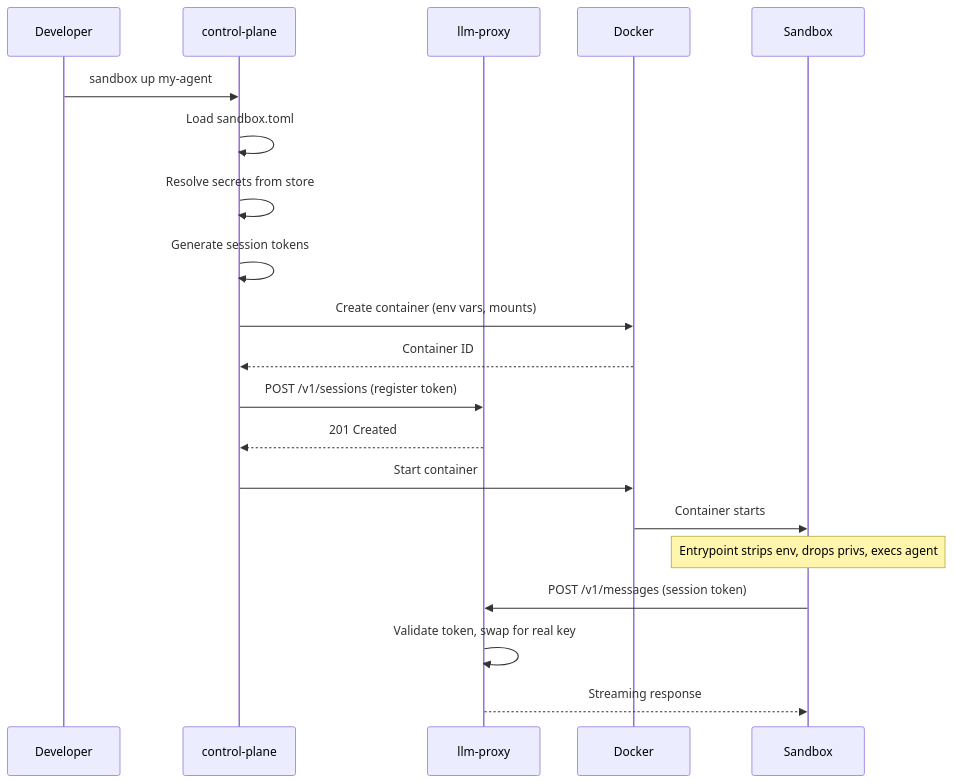
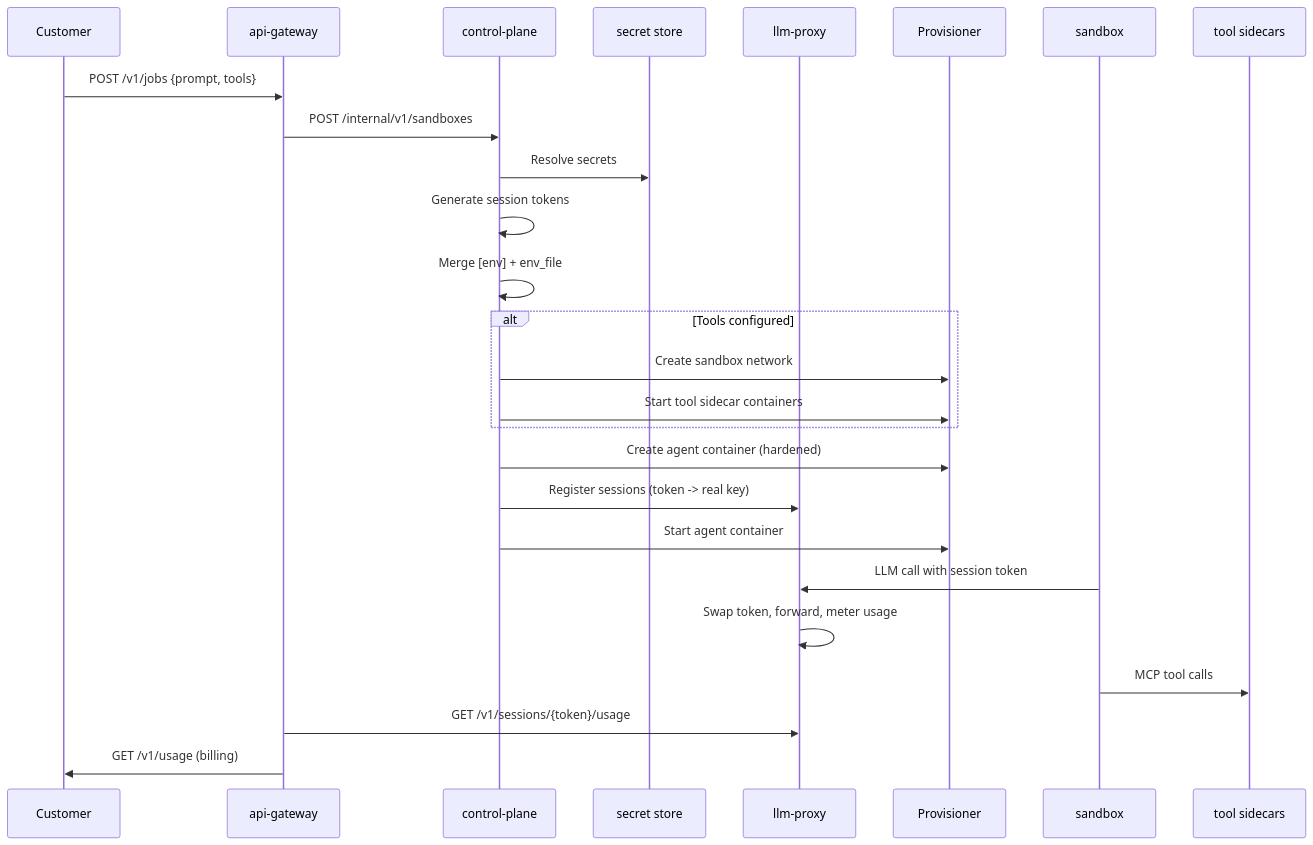
Before and after one commit to Travbz/control-plane: the second of 2 diagrams in docs/architecture.md, drawn with Mermaid. The commit also changed other lines of this file and 27 other files, not shown here.

First line of the commit message:
docs: update architecture, config, provisioners, and secret-store docs

````diff
--- a/docs/architecture.md
+++ b/docs/architecture.md
@@ -51,28 +64,34 @@
 ```mermaid
 sequenceDiagram
-    participant User as Developer
+    participant Customer
+    participant GW as api-gateway
     participant CP as control-plane
+    participant Store as secret store
     participant Proxy as llm-proxy
-    participant Docker as Docker
-    participant Sandbox as Sandbox
+    participant Docker as Provisioner
+    participant Sandbox as sandbox
+    participant Tools as tool sidecars
 
-    User->>CP: sandbox up my-agent
-    CP->>CP: Load sandbox.toml
-    CP->>CP: Resolve secrets from store
+    Customer->>GW: POST /v1/jobs {prompt, tools}
+    GW->>CP: POST /internal/v1/sandboxes
+
+    CP->>Store: Resolve secrets
     CP->>CP: Generate session tokens
+    CP->>CP: Merge [env] + env_file
 
-    CP->>Docker: Create container (env vars, mounts)
-    Docker-->>CP: Container ID
+    alt Tools configured
+        CP->>Docker: Create sandbox network
+        CP->>Docker: Start tool sidecar containers
+    end
 
-    CP->>Proxy: POST /v1/sessions (register token)
-    Proxy-->>CP: 201 Created
+    CP->>Docker: Create agent container (hardened)
+    CP->>Proxy: Register sessions (token -> real key)
+    CP->>Docker: Start agent container
 
-    CP->>Docker: Start container
-    Docker->>Sandbox: Container starts
+    Sandbox->>Proxy: LLM call with session token
+    Proxy->>Proxy: Swap token, forward, meter usage
+    Sandbox->>Tools: MCP tool calls
 
-    Note over Sandbox: Entrypoint strips env, drops privs, execs agent
-
-    Sandbox->>Proxy: POST /v1/messages (session token)
-    Proxy->>Proxy: Validate token, swap for real key
-    Proxy-->>Sandbox: Streaming response
+    GW->>Proxy: GET /v1/sessions/{token}/usage
+    GW->>Customer: GET /v1/usage (billing)
 ```
````
